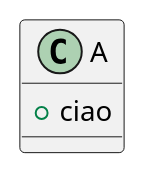
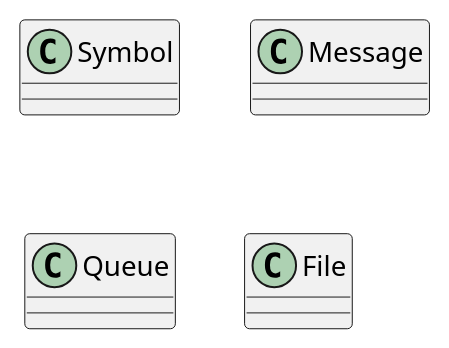
The first of 3 diagrams in docs/Class diagrams.md (aleoli/Shared-Editor), drawn with PlantUML before and after one commit. The commit also changed other lines of this file, not shown here.

Commit message:
Update Class diagrams.md

```diff
--- a/docs/Class diagrams.md
+++ b/docs/Class diagrams.md
@@ -9,5 +9,19 @@
 @startuml
-class A {
- +ciao 
+class Symbol {
+
+}
+
+class Message {
+
+}
+
+class Queue {
+
+
+}
+
+class File {
+
+
 }
 @enduml
```
